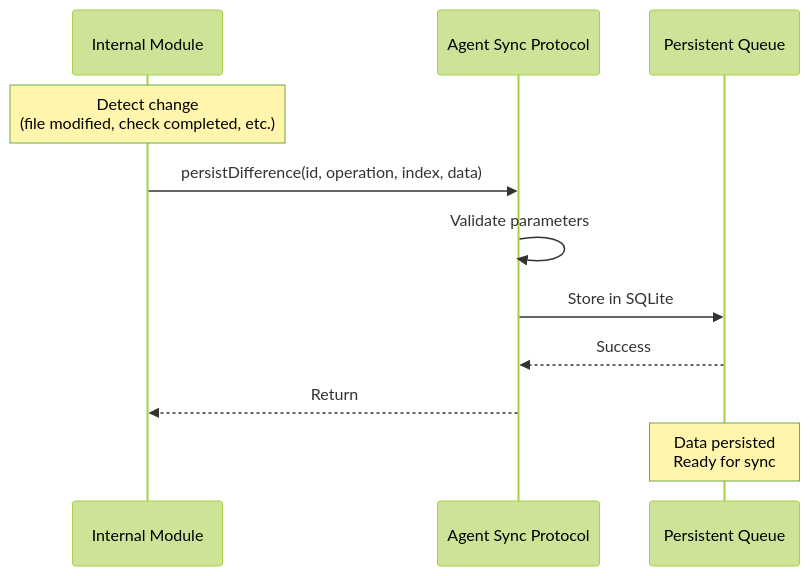
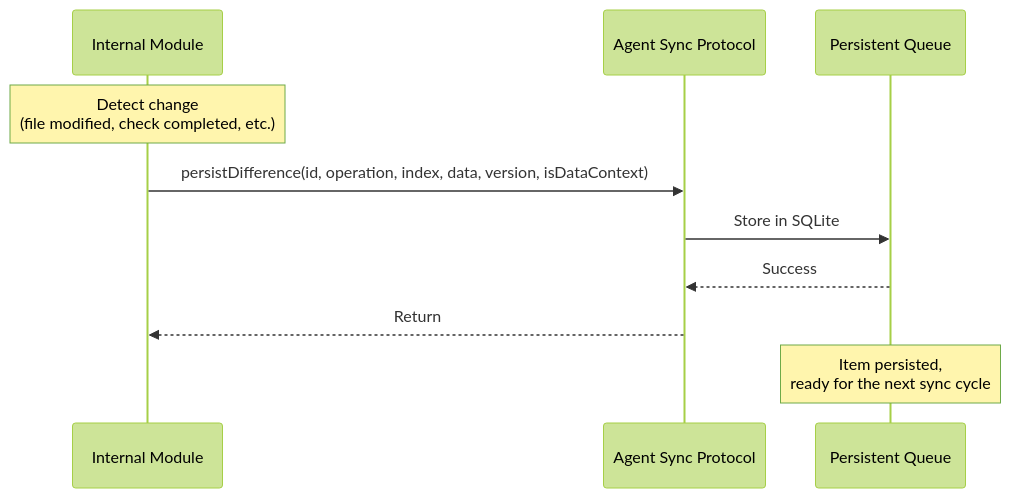
Before and after one commit to wazuh/wazuh: the second of 12 diagrams in docs/ref/modules/utils/sync-protocol/sequence-diagrams.md, drawn with Mermaid (forest theme). The commit also changed other lines of this file and 9 other files, not shown here.

````diff
--- a/docs/ref/modules/utils/sync-protocol/sequence-diagrams.md
+++ b/docs/ref/modules/utils/sync-protocol/sequence-diagrams.md
@@ -25,16 +34,15 @@
 ```mermaid
 sequenceDiagram
     participant Module as Internal Module
     participant ASP as Agent Sync Protocol
     participant Queue as Persistent Queue
 
     Note over Module: Detect change<br/>(file modified, check completed, etc.)
 
-    Module->>ASP: persistDifference(id, operation, index, data)
-    ASP->>ASP: Validate parameters
+    Module->>ASP: persistDifference(id, operation, index, data, version, isDataContext)
     ASP->>Queue: Store in SQLite
     Queue-->>ASP: Success
     ASP-->>Module: Return
 
-    Note over Queue: Data persisted<br/>Ready for sync
+    Note over Queue: Item persisted,<br/>ready for the next sync cycle
 ```
````
